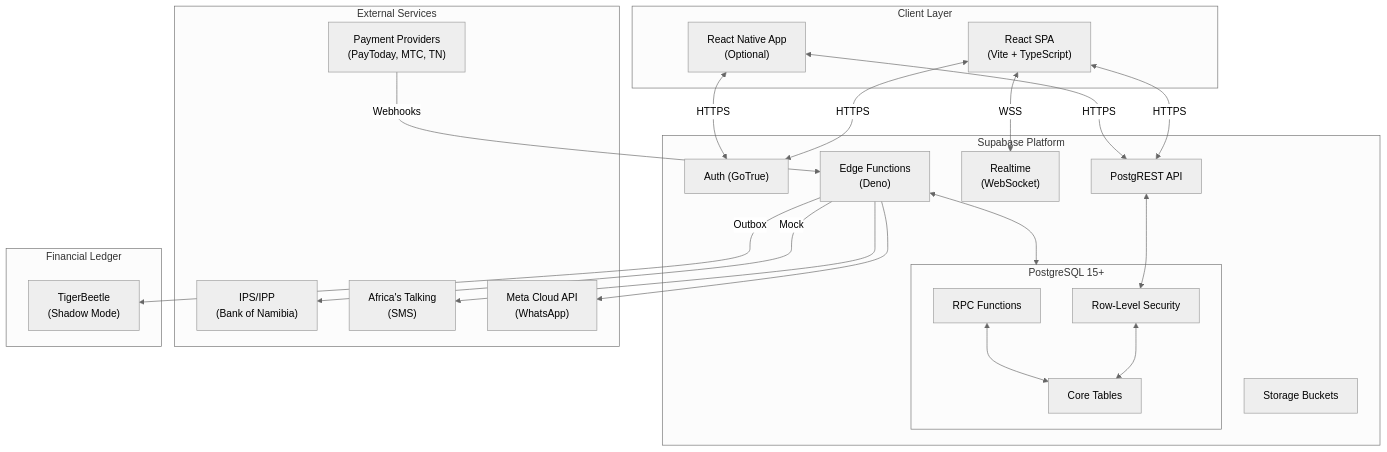
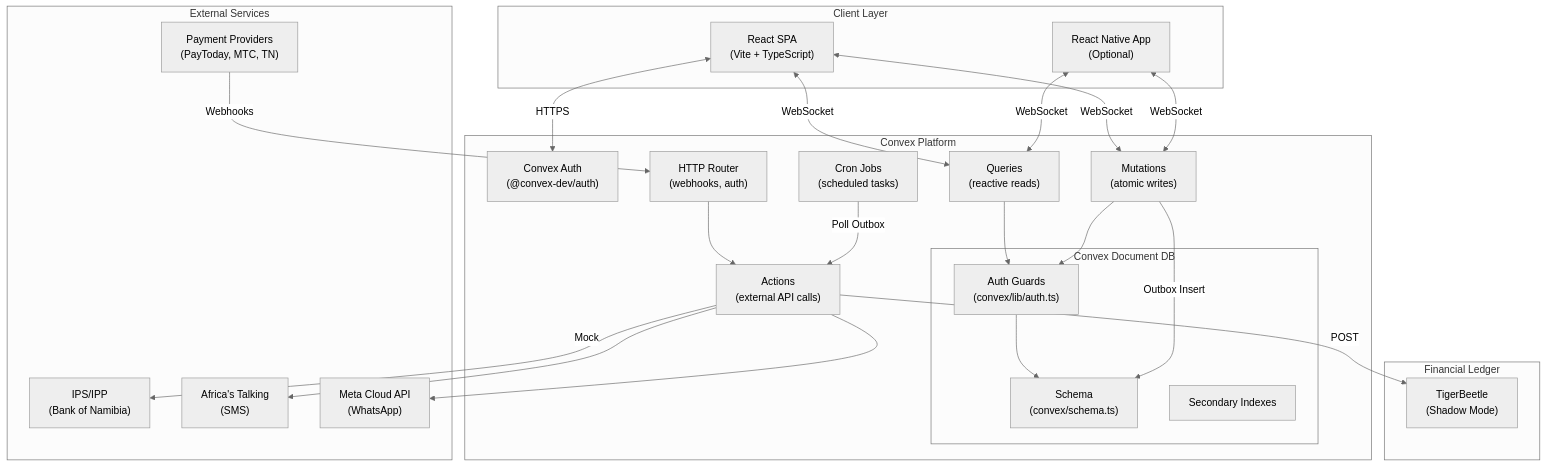
Before and after one commit to DKTony/namlend-trust-portal-v220: the first of 6 diagrams in docs/ARCHITECTURE.md, drawn with Mermaid (neutral theme). The commit also changed other lines of this file and 241 other files, not shown here.

First line of the commit message:
feat: Convex backend migration, dark mode, mobile Neo-Fintech theme, settlement system, TigerBeetle integration

````diff
--- a/docs/ARCHITECTURE.md
+++ b/docs/ARCHITECTURE.md
@@ -33,50 +67,53 @@
 ```mermaid
 flowchart TB
     subgraph Client["Client Layer"]
         WebApp["React SPA<br/>(Vite + TypeScript)"]
         MobileApp["React Native App<br/>(Optional)"]
     end
 
-    subgraph Supabase["Supabase Platform"]
-        Auth["Auth (GoTrue)"]
-        PostgREST["PostgREST API"]
-        Realtime["Realtime<br/>(WebSocket)"]
-        EdgeFn["Edge Functions<br/>(Deno)"]
-        Storage["Storage Buckets"]
+    subgraph Convex["Convex Platform"]
+        ConvexAuth["Convex Auth<br/>(@convex-dev/auth)"]
+        Queries["Queries<br/>(reactive reads)"]
+        Mutations["Mutations<br/>(atomic writes)"]
+        Actions["Actions<br/>(external API calls)"]
+        Crons["Cron Jobs<br/>(scheduled tasks)"]
+        HttpRouter["HTTP Router<br/>(webhooks, auth)"]
 
-        subgraph Database["PostgreSQL 15+"]
-            RLS["Row-Level Security"]
-            Tables["Core Tables"]
-            RPCs["RPC Functions"]
+        subgraph Database["Convex Document DB"]
+            Schema["Schema<br/>(convex/schema.ts)"]
+            Guards["Auth Guards<br/>(convex/lib/auth.ts)"]
+            Indexes["Secondary Indexes"]
         end
     end
 
     subgraph External["External Services"]
         IPS["IPS/IPP<br/>(Bank of Namibia)"]
         SMS["Africa's Talking<br/>(SMS)"]
         WhatsApp["Meta Cloud API<br/>(WhatsApp)"]
         PayProviders["Payment Providers<br/>(PayToday, MTC, TN)"]
     end
 
     subgraph Ledger["Financial Ledger"]
         TigerBeetle["TigerBeetle<br/>(Shadow Mode)"]
     end
 
-    WebApp <-->|HTTPS| Auth
-    WebApp <-->|HTTPS| PostgREST
-    WebApp <-->|WSS| Realtime
-    MobileApp <-->|HTTPS| Auth
-    MobileApp <-->|HTTPS| PostgREST
+    WebApp <-->|WebSocket| Queries
+    WebApp <-->|WebSocket| Mutations
+    WebApp <-->|HTTPS| ConvexAuth
+    MobileApp <-->|WebSocket| Queries
+    MobileApp <-->|WebSocket| Mutations
 
-    PostgREST <--> RLS
-    RLS <--> Tables
-    RPCs <--> Tables
-    EdgeFn <--> Database
+    Queries --> Guards
+    Mutations --> Guards
+    Guards --> Schema
 
-    EdgeFn -->|Mock| IPS
-    EdgeFn --> SMS
-    EdgeFn --> WhatsApp
-    PayProviders -->|Webhooks| EdgeFn
+    Actions -->|Mock| IPS
+    Actions --> SMS
+    Actions --> WhatsApp
+    PayProviders -->|Webhooks| HttpRouter
+    HttpRouter --> Actions
 
-    EdgeFn -->|Outbox| TigerBeetle
+    Mutations -->|Outbox Insert| Schema
+    Crons -->|Poll Outbox| Actions
+    Actions -->|POST| TigerBeetle
 ```
````
